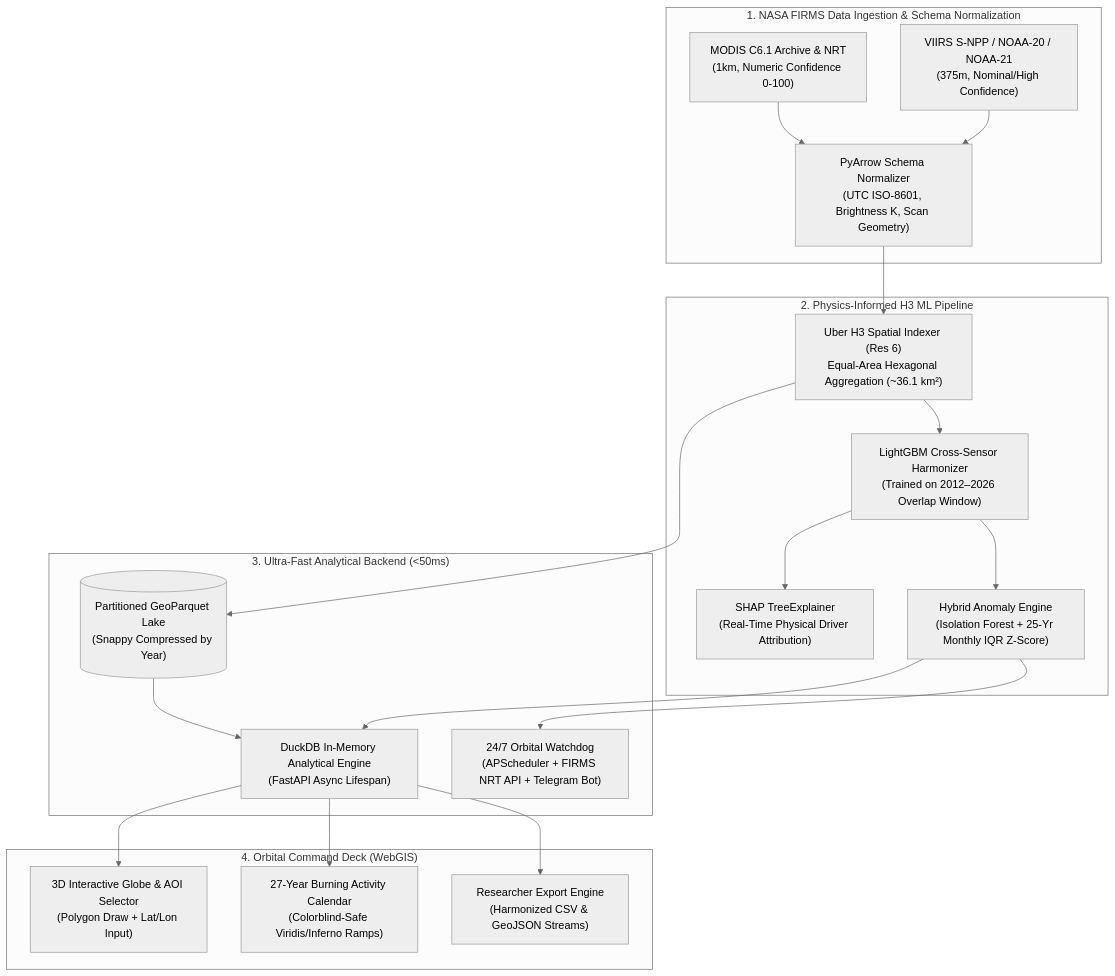
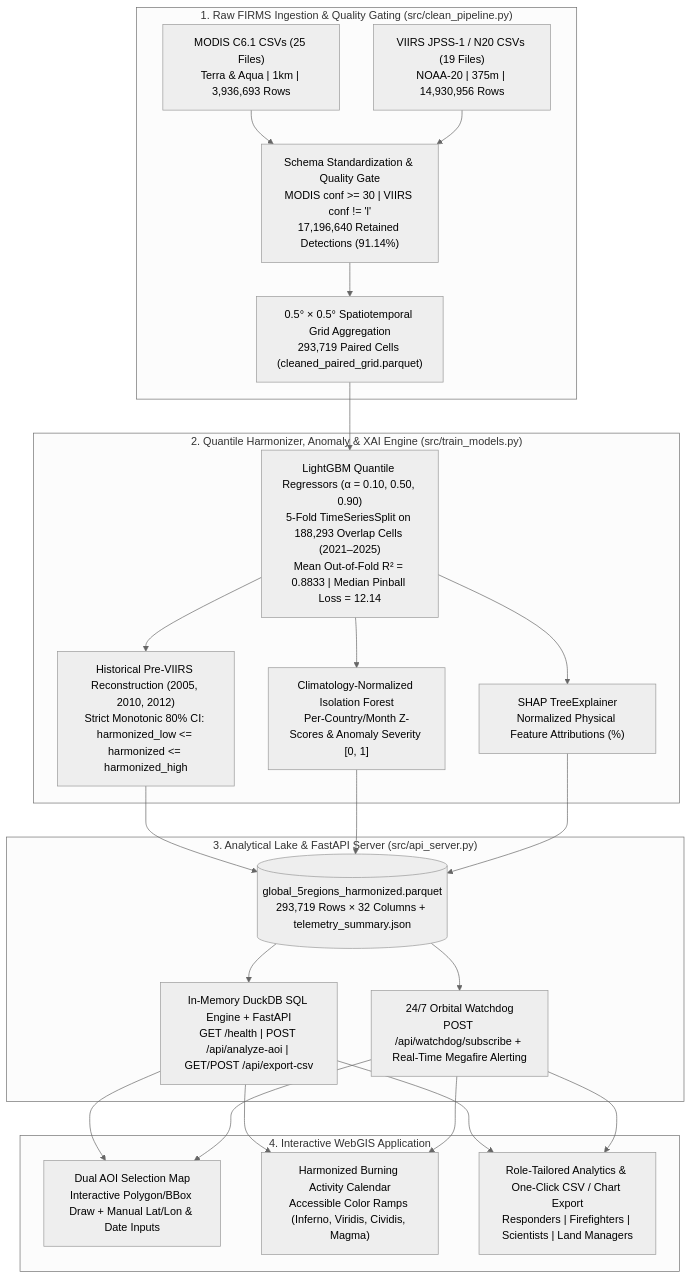
Before and after one commit to Mohamed-G2/The-planet-s-early-warning-system: the diagram in README.md, drawn with Mermaid (neutral theme). The commit also changed other lines of this file, not shown here.

````diff
--- a/README.md
+++ b/README.md
@@ -20,34 +20,32 @@
 ```mermaid
 flowchart TD
-    subgraph Ingestion ["1. NASA FIRMS Data Ingestion & Schema Normalization"]
-        A1["MODIS C6.1 Archive & NRT<br/>(1km, Numeric Confidence 0-100)"]
-        A2["VIIRS S-NPP / NOAA-20 / NOAA-21<br/>(375m, Nominal/High Confidence)"]
-        B["PyArrow Schema Normalizer<br/>(UTC ISO-8601, Brightness K, Scan Geometry)"]
-        A1 & A2 --> B
+    subgraph Ingestion ["1. Raw FIRMS Ingestion & Quality Gating (src/clean_pipeline.py)"]
+        A1["MODIS C6.1 CSVs (25 Files)<br/>Terra & Aqua | 1km | 3,936,693 Rows"]
+        A2["VIIRS JPSS-1 / N20 CSVs (19 Files)<br/>NOAA-20 | 375m | 14,930,956 Rows"]
+        B["Schema Standardization & Quality Gate<br/>MODIS conf >= 30 | VIIRS conf != 'l'<br/>17,196,640 Retained Detections (91.14%)"]
+        C["0.5° × 0.5° Spatiotemporal Grid Aggregation<br/>293,719 Paired Cells (cleaned_paired_grid.parquet)"]
+        A1 & A2 --> B --> C
     end
 
-    subgraph SpatialML ["2. Physics-Informed H3 ML Pipeline"]
-        C["Uber H3 Spatial Indexer (Res 6)<br/>Equal-Area Hexagonal Aggregation (~36.1 km²)"]
-        D["LightGBM Cross-Sensor Harmonizer<br/>(Trained on 2012–2026 Overlap Window)"]
-        E["SHAP TreeExplainer<br/>(Real-Time Physical Driver Attribution)"]
-        F["Hybrid Anomaly Engine<br/>(Isolation Forest + 25-Yr Monthly IQR Z-Score)"]
-        B --> C --> D
-        D --> E & F
+    subgraph ML ["2. Quantile Harmonizer, Anomaly & XAI Engine (src/train_models.py)"]
+        D["LightGBM Quantile Regressors (α = 0.10, 0.50, 0.90)<br/>5-Fold TimeSeriesSplit on 188,293 Overlap Cells (2021–2025)<br/>Mean Out-of-Fold R² = 0.8833 | Median Pinball Loss = 12.14"]
+        E["Historical Pre-VIIRS Reconstruction (2005, 2010, 2012)<br/>Strict Monotonic 80% CI: harmonized_low <= harmonized <= harmonized_high"]
+        F["Climatology-Normalized Isolation Forest<br/>Per-Country/Month Z-Scores & Anomaly Severity [0, 1]"]
+        G["SHAP TreeExplainer<br/>Normalized Physical Feature Attributions (%)"]
+        C --> D --> E & F & G
     end
 
-    subgraph CloudBackend ["3. Ultra-Fast Analytical Backend (<50ms)"]
-        G[("Partitioned GeoParquet Lake<br/>(Snappy Compressed by Year)")]
-        H["DuckDB In-Memory Analytical Engine<br/>(FastAPI Async Lifespan)"]
-        I["24/7 Orbital Watchdog<br/>(APScheduler + FIRMS NRT API + Telegram Bot)"]
-        C --> G --> H
-        F --> H
-        F --> I
+    subgraph Backend ["3. Analytical Lake & FastAPI Server (src/api_server.py)"]
+        H[("global_5regions_harmonized.parquet<br/>293,719 Rows × 32 Columns + telemetry_summary.json")]
+        I["In-Memory DuckDB SQL Engine + FastAPI<br/>GET /health | POST /api/analyze-aoi | GET/POST /api/export-csv"]
+        J["24/7 Orbital Watchdog<br/>POST /api/watchdog/subscribe + Real-Time Megafire Alerting"]
+        E & F & G --> H --> I & J
     end
 
-    subgraph Frontend ["4. Orbital Command Deck (WebGIS)"]
-        J["3D Interactive Globe & AOI Selector<br/>(Polygon Draw + Lat/Lon Input)"]
-        K["27-Year Burning Activity Calendar<br/>(Colorblind-Safe Viridis/Inferno Ramps)"]
-        L["Researcher Export Engine<br/>(Harmonized CSV & GeoJSON Streams)"]
-        H --> J & K & L
+    subgraph WebGIS ["4. Interactive WebGIS Application"]
+        K["Dual AOI Selection Map<br/>Interactive Polygon/BBox Draw + Manual Lat/Lon & Date Inputs"]
+        L["Harmonized Burning Activity Calendar<br/>Accessible Color Ramps (Inferno, Viridis, Cividis, Magma)"]
+        M["Role-Tailored Analytics & One-Click CSV / Chart Export<br/>Responders | Firefighters | Scientists | Land Managers"]
+        I & J --> K & L & M
     end
 ```
````
